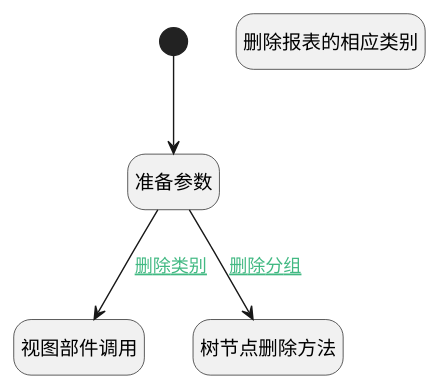
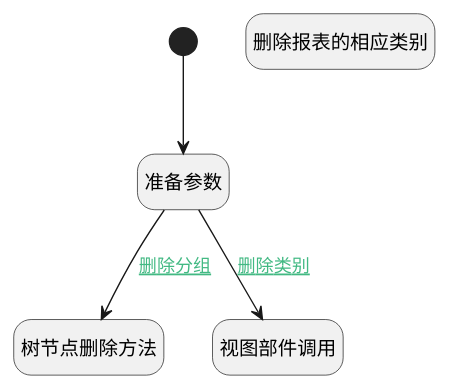
Before and after one commit to iBizLab/plm: the diagram in doc/docsify/module/Insight/insight_report/uilogic/remove_section_or_category.md, drawn with PlantUML. The commit also changed other lines of this file and 1276 other files, not shown here.

````diff
--- a/doc/docsify/module/Insight/insight_report/uilogic/remove_section_or_category.md
+++ b/doc/docsify/module/Insight/insight_report/uilogic/remove_section_or_category.md
@@ -7,24 +7,24 @@
 ```plantuml
 @startuml
 hide footbox
 <style>
 root {
   HyperlinkColor #42b983
 }
 </style>
 
 hide empty description
 state "开始" as Begin <<start>> [[$./remove_section_or_category#begin {开始}]]
-state "视图部件调用" as VIEWCTRLINVOKE2  [[$./remove_section_or_category#viewctrlinvoke2 {视图部件调用}]]
+state "删除报表的相应类别" as DEACTION1  [[$./remove_section_or_category#deaction1 {删除报表的相应类别}]]
 state "树节点删除方法" as VIEWCTRLINVOKE1  [[$./remove_section_or_category#viewctrlinvoke1 {树节点删除方法}]]
 state "准备参数" as PREPAREJSPARAM1  [[$./remove_section_or_category#preparejsparam1 {准备参数}]]
-state "删除报表的相应类别" as DEACTION1  [[$./remove_section_or_category#deaction1 {删除报表的相应类别}]]
+state "视图部件调用" as VIEWCTRLINVOKE2  [[$./remove_section_or_category#viewctrlinvoke2 {视图部件调用}]]
 
 
 Begin --> PREPAREJSPARAM1
 PREPAREJSPARAM1 --> VIEWCTRLINVOKE2 : [[$./remove_section_or_category#preparejsparam1-viewctrlinvoke2{删除类别} 删除类别]]
 PREPAREJSPARAM1 --> VIEWCTRLINVOKE1 : [[$./remove_section_or_category#preparejsparam1-viewctrlinvoke1{删除分组} 删除分组]]
 
 
 @enduml
 ```
````
